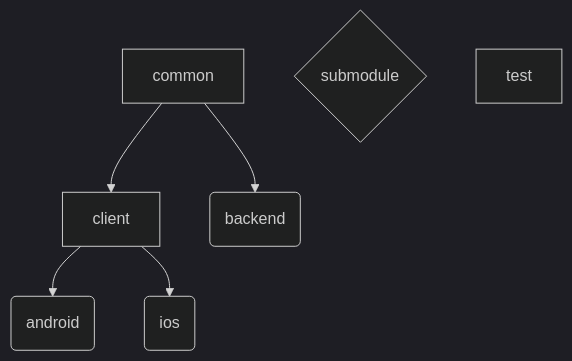
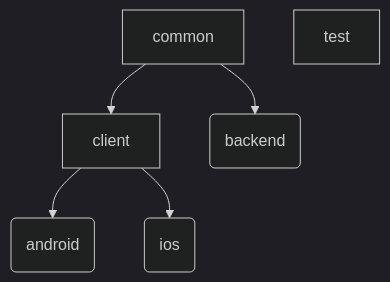
Before and after one commit to Oztechan/CCC: the first of 2 diagrams in README.md, drawn with Mermaid (dark theme). The commit also changed other lines of this file and 13 other files, not shown here.

````diff
--- a/README.md
+++ b/README.md
@@ -30,13 +30,11 @@
 ```mermaid
 graph TD;
 
     client-->android(android)
     client-->ios(ios)
 
     common-->client
     common-->backend(backend)
-    
-    submodule{submodule}
 
     test
 ```
````
